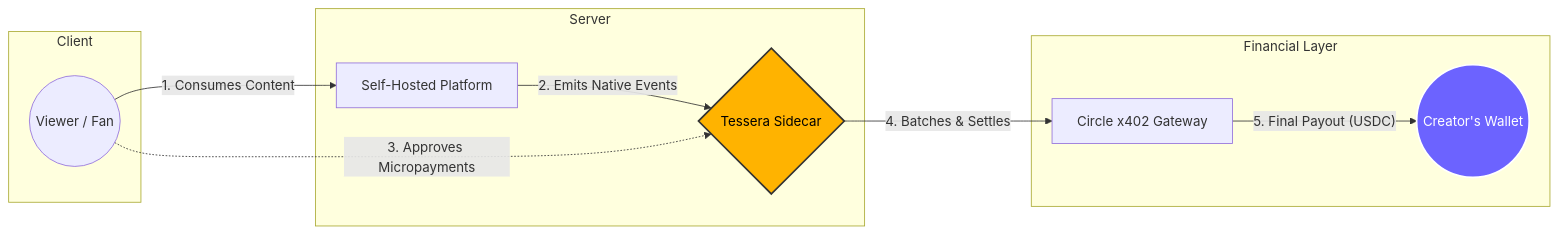
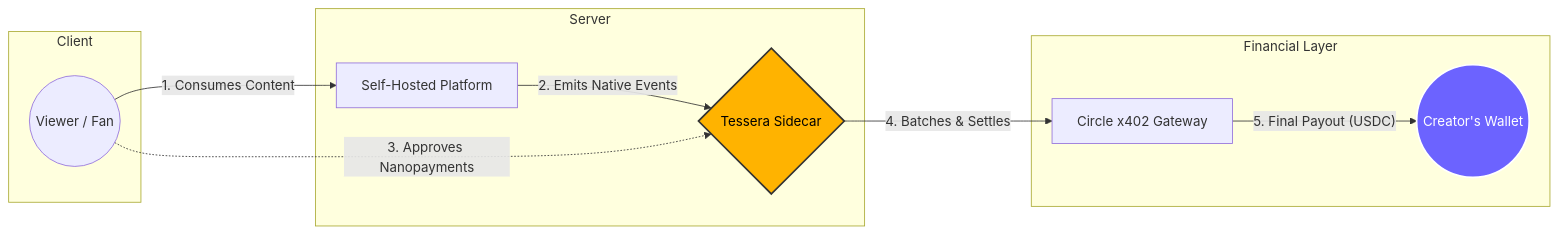
Before and after one commit to JaDi03/-Arc-Cashier: the first of 2 diagrams in README.md, drawn with Mermaid. The commit also changed other lines of this file and 26 other files, not shown here.

````diff
--- a/README.md
+++ b/README.md
@@ -49,25 +49,25 @@
 ```mermaid
 flowchart LR
     subgraph Client
         V((Viewer / Fan))
     end
 
     subgraph Server
         T{Tessera Sidecar}
         P[Self-Hosted Platform]
     end
 
     subgraph Financial Layer
         C[Circle x402 Gateway]
         W((Creator's Wallet))
     end
 
     V -- "1. Consumes Content" --> P
     P -- "2. Emits Native Events" --> T
-    V -. "3. Approves Micropayments" .-> T
+    V -. "3. Approves Nanopayments" .-> T
     T -- "4. Batches & Settles" --> C
     C -- "5. Final Payout (USDC)" --> W
 
     style T fill:#ffb300,stroke:#333,stroke-width:2px,color:#000
     style W fill:#6C63FF,stroke:#fff,stroke-width:2px,color:#fff
 ```
````
